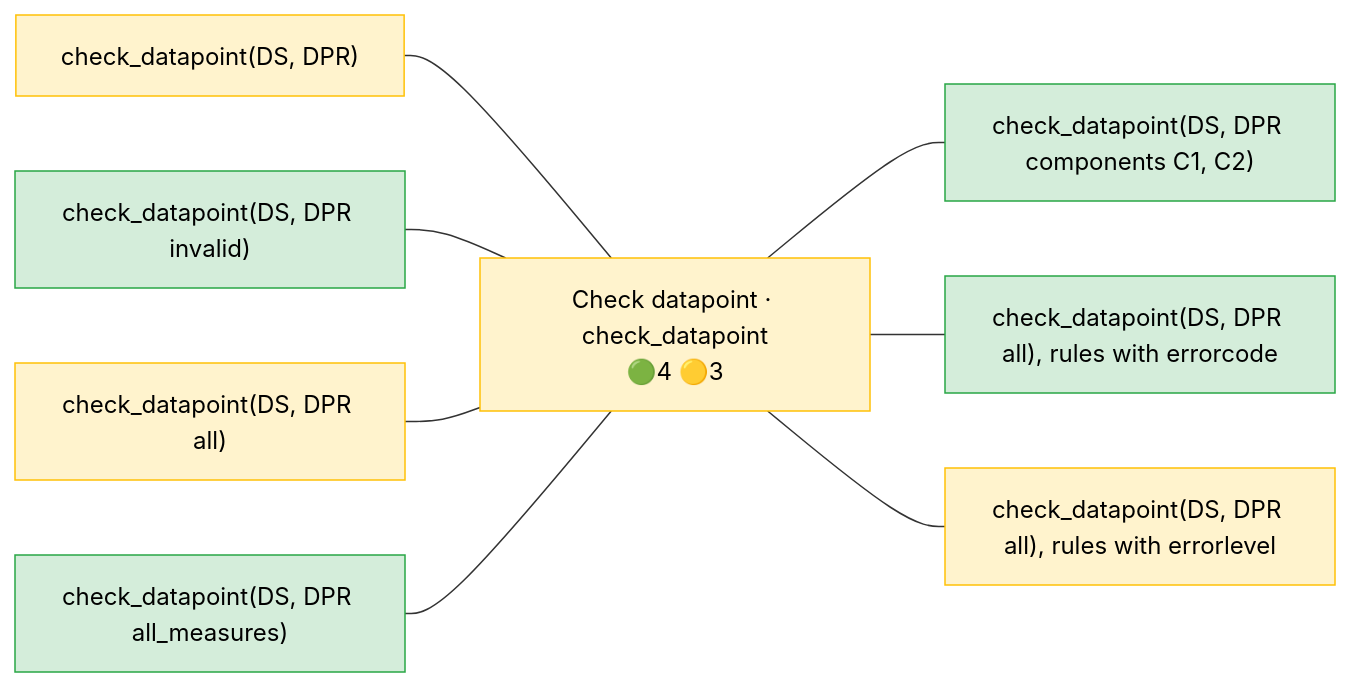
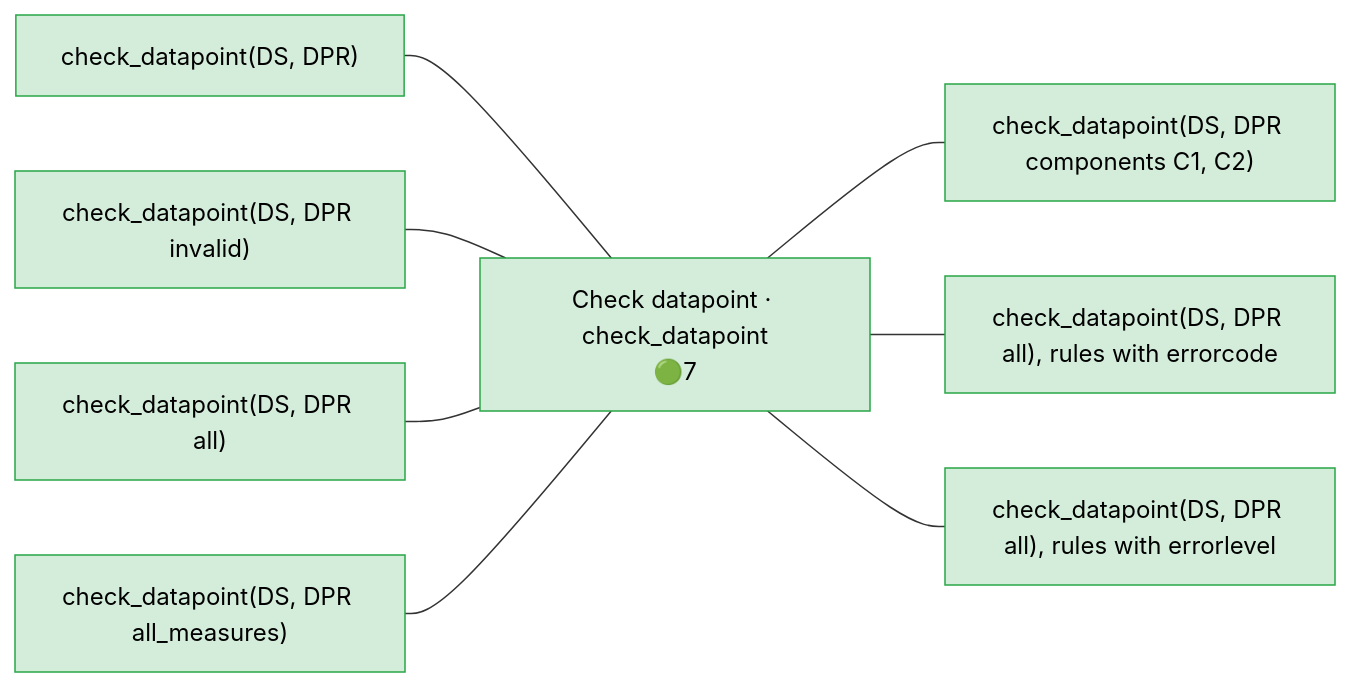
One commit to Meaningful-Data/vtlengine changed the diagram in docs/operator_map/validation/check_datapoint.rst. Above: the diagram before and after it, drawn with Mermaid. The commit also changed other lines of this file and 100 other files, not shown here.

```diff
--- a/docs/operator_map/validation/check_datapoint.rst
+++ b/docs/operator_map/validation/check_datapoint.rst
@@ -24,33 +24,33 @@
 .. mermaid::
    :config: {"flowchart": {"useMaxWidth": false}}
 
    flowchart LR
        classDef ok fill:#d4edda,stroke:#28a745,color:#000
        classDef partial fill:#fff3cd,stroke:#ffc107,color:#000
        classDef refused fill:#d4edda,stroke:#28a745,stroke-width:3px,stroke-dasharray: 2 2,color:#000
        classDef missing fill:#f8d7da,stroke:#dc3545,color:#000
        classDef diverge fill:#cce5ff,stroke:#007bff,color:#000
        classDef block fill:#2b3a4a,stroke:#2b3a4a,color:#fff,font-weight:bold
        classDef ext fill:#fff,stroke:#666,color:#000,stroke-dasharray: 5 5
-       O["Check datapoint · check_datapoint<br/>🟢4 🟡3"]:::partial
-       v_output_default["check_datapoint(DS, DPR)"]:::partial
+       O["Check datapoint · check_datapoint<br/>🟢7"]:::ok
+       v_output_default["check_datapoint(DS, DPR)"]:::ok
        v_invalid["check_datapoint(DS, DPR invalid)"]:::ok
-       v_all["check_datapoint(DS, DPR all)"]:::partial
+       v_all["check_datapoint(DS, DPR all)"]:::ok
        v_all_measures["check_datapoint(DS, DPR all_measures)"]:::ok
        v_components["check_datapoint(DS, DPR components C1, C2)"]:::ok
        v_errorcode["check_datapoint(DS, DPR all), rules with errorcode"]:::ok
-       v_errorlevel["check_datapoint(DS, DPR all), rules with errorlevel"]:::partial
+       v_errorlevel["check_datapoint(DS, DPR all), rules with errorlevel"]:::ok
        v_output_default --- O
        v_invalid --- O
        v_all --- O
        v_all_measures --- O
        O --- v_components
        O --- v_errorcode
        O --- v_errorlevel
        click v_output_default href "#form-output-default"
        click v_invalid href "#form-invalid"
        click v_all href "#form-all"
        click v_all_measures href "#form-all-measures"
        click v_components href "#form-components"
        click v_errorcode href "#form-errorcode"
        click v_errorlevel href "#form-errorlevel"
```
